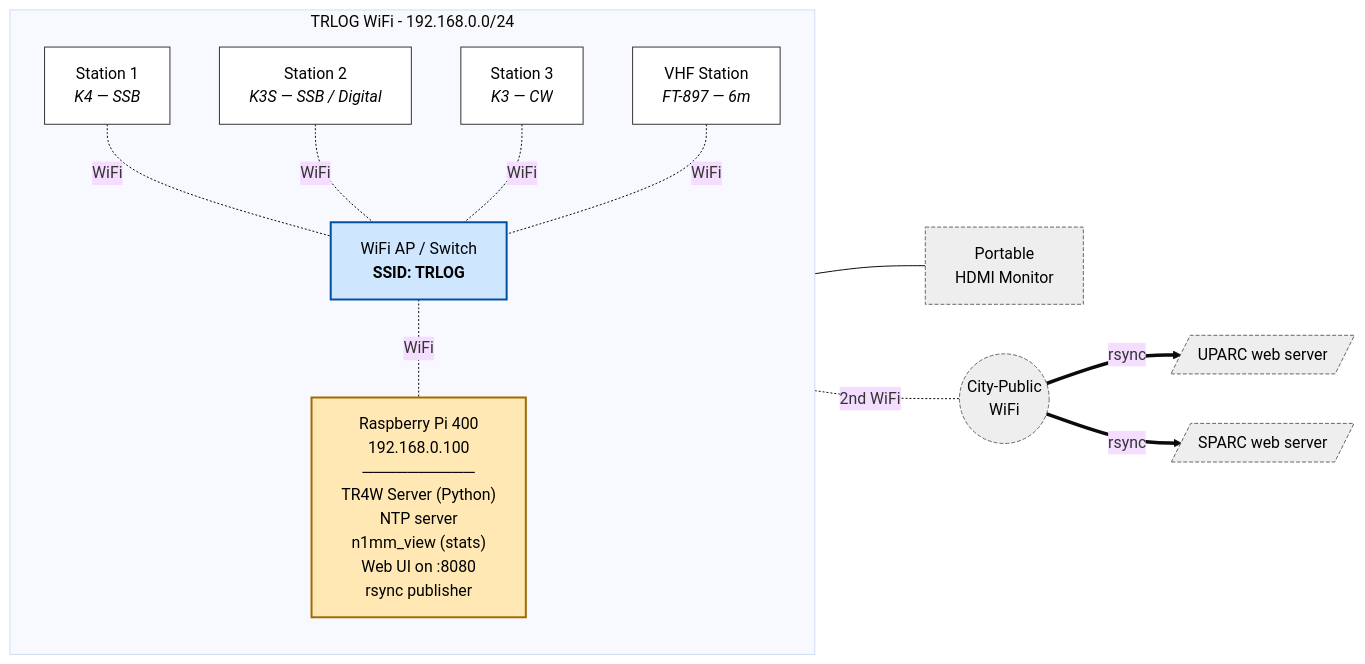
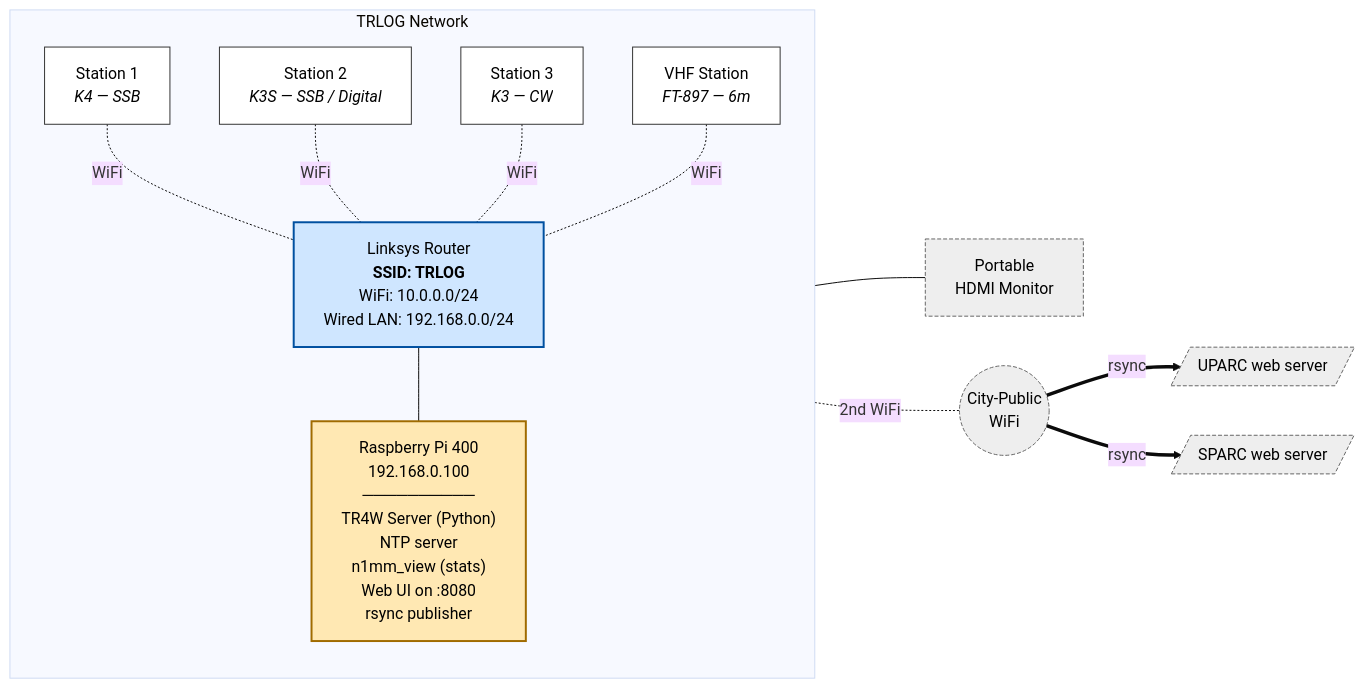
Before and after one commit to ny4i/pinellas-field-day: the diagram in site-setup/network.md, drawn with Mermaid (base theme). The commit also changed other lines of this file and 2 other files, not shown here.

First line of the commit message:
Network architecture corrections: Linksys router + two subnets + wired Pi

````diff
--- a/site-setup/network.md
+++ b/site-setup/network.md
@@ -7,34 +7,34 @@
 ```mermaid
 flowchart LR
-    subgraph TRLOG["TRLOG WiFi  -  192.168.0.0/24"]
+    subgraph TRLOG["TRLOG Network"]
         direction TB
-        AP["WiFi AP / Switch<br/><b>SSID: TRLOG</b>"]
+        AP["Linksys Router<br/><b>SSID: TRLOG</b><br/>WiFi: 10.0.0.0/24<br/>Wired LAN: 192.168.0.0/24"]
         PI["Raspberry Pi 400<br/>192.168.0.100<br/>──────────<br/>TR4W Server (Python)<br/>NTP server<br/>n1mm_view (stats)<br/>Web UI on :8080<br/>rsync publisher"]
         L1["Station 1<br/><i>K4 — SSB</i>"]
         L2["Station 2<br/><i>K3S — SSB / Digital</i>"]
         L3["Station 3<br/><i>K3 — CW</i>"]
         LV["VHF Station<br/><i>FT-897 — 6m</i>"]
         L1 -. WiFi .- AP
         L2 -. WiFi .- AP
         L3 -. WiFi .- AP
         LV -. WiFi .- AP
-        AP -. WiFi .- PI
+        AP --- PI
     end
     MON["Portable<br/>HDMI Monitor"]
     NET(("City-Public<br/>WiFi"))
     WEB1[/"UPARC web server"/]
     WEB2[/"SPARC web server"/]
     PI --- MON
     PI -. 2nd WiFi .- NET
     NET ==>|rsync| WEB1
     NET ==>|rsync| WEB2
 
     classDef pi fill:#ffe8b3,stroke:#a06b00,stroke-width:2px,color:#000
     classDef ap fill:#cfe6ff,stroke:#0050a0,stroke-width:2px,color:#000
     classDef laptop fill:#ffffff,stroke:#333,color:#000
     classDef ext fill:#eeeeee,stroke:#666,stroke-dasharray:4 2,color:#000
     class PI pi
     class AP ap
     class L1,L2,L3,LV laptop
     class NET,WEB1,WEB2,MON ext
 ```
````
